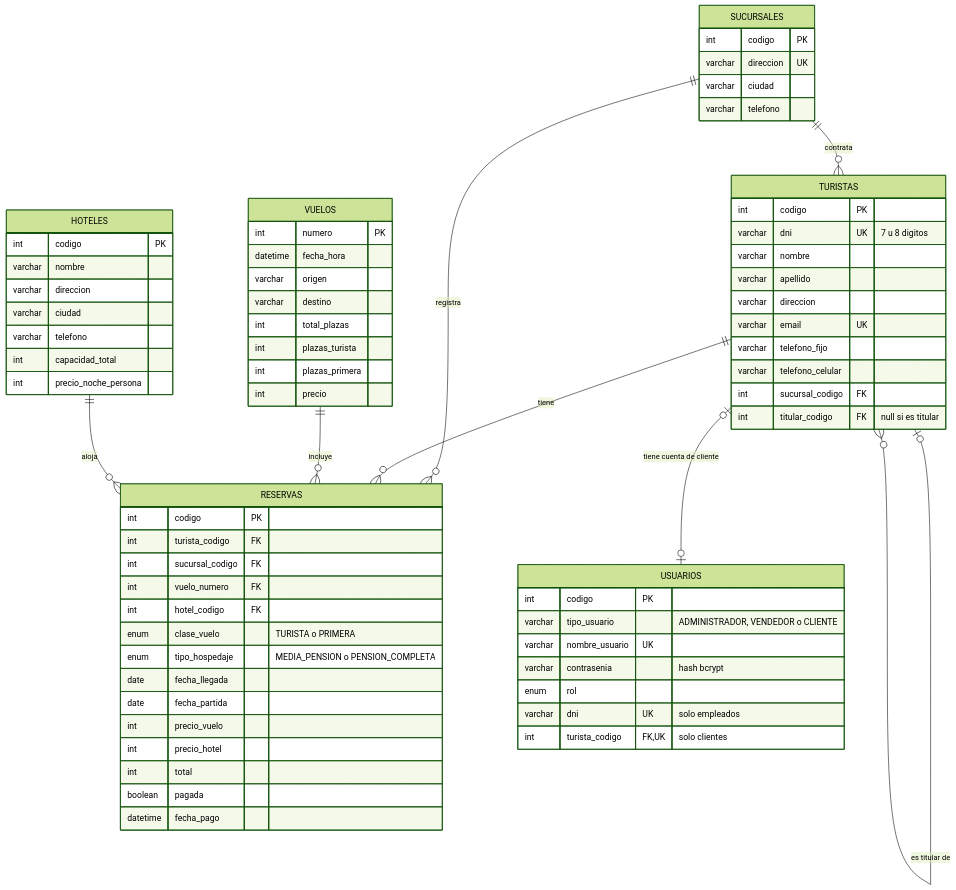
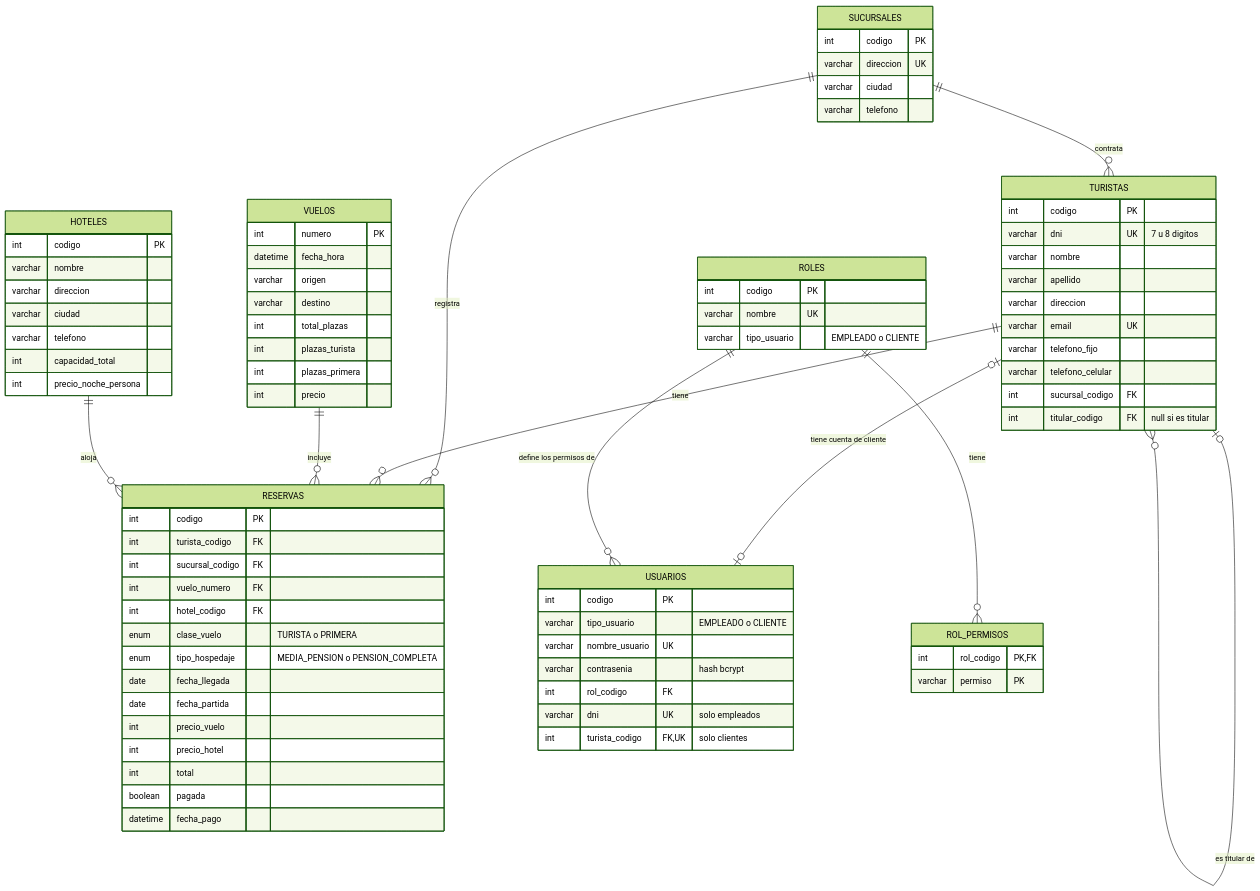
The diagram in docs/der-tijetravel.md (migmik/TPPrograII), drawn with Mermaid (forest theme) before and after one commit. The commit also changed other lines of this file and 2 other files, not shown here.

First line of the commit message:
docs: actualiza UML, DER y README con roles y borrado lógico

```diff
--- a/docs/der-tijetravel.md
+++ b/docs/der-tijetravel.md
@@ -11,6 +11,8 @@
     TURISTAS |o--o{ TURISTAS : "es titular de"
     TURISTAS ||--o{ RESERVAS : "tiene"
     TURISTAS |o--o| USUARIOS : "tiene cuenta de cliente"
+    ROLES ||--o{ USUARIOS : "define los permisos de"
+    ROLES ||--o{ ROL_PERMISOS : "tiene"
     VUELOS ||--o{ RESERVAS : "incluye"
     HOTELES ||--o{ RESERVAS : "aloja"
 
@@ -36,12 +38,23 @@
 
     USUARIOS {
         int codigo PK
-        varchar tipo_usuario "ADMINISTRADOR, VENDEDOR o CLIENTE"
+        varchar tipo_usuario "EMPLEADO o CLIENTE"
         varchar nombre_usuario UK
         varchar contrasenia "hash bcrypt"
-        enum rol
+        int rol_codigo FK
         varchar dni UK "solo empleados"
         int turista_codigo FK, UK "solo clientes"
+    }
+
+    ROLES {
+        int codigo PK
+        varchar nombre UK
+        varchar tipo_usuario "EMPLEADO o CLIENTE"
+    }
+
+    ROL_PERMISOS {
+        int rol_codigo PK, FK
+        varchar permiso PK
     }
 
     HOTELES {
```
